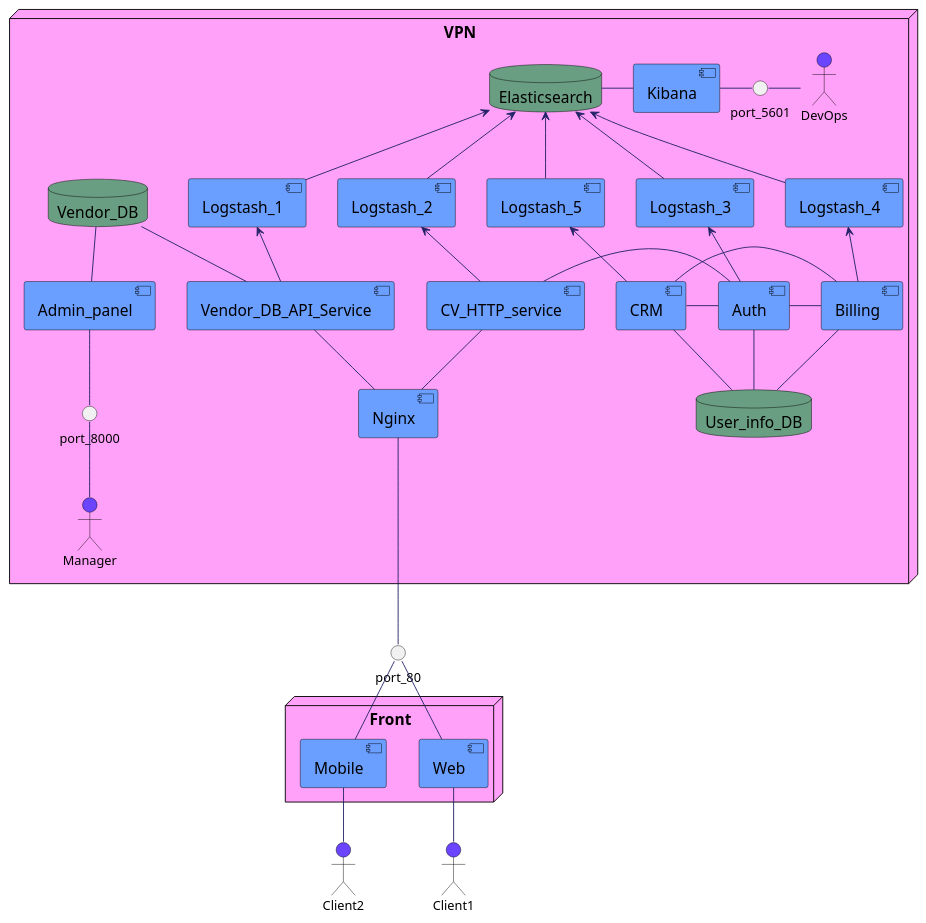
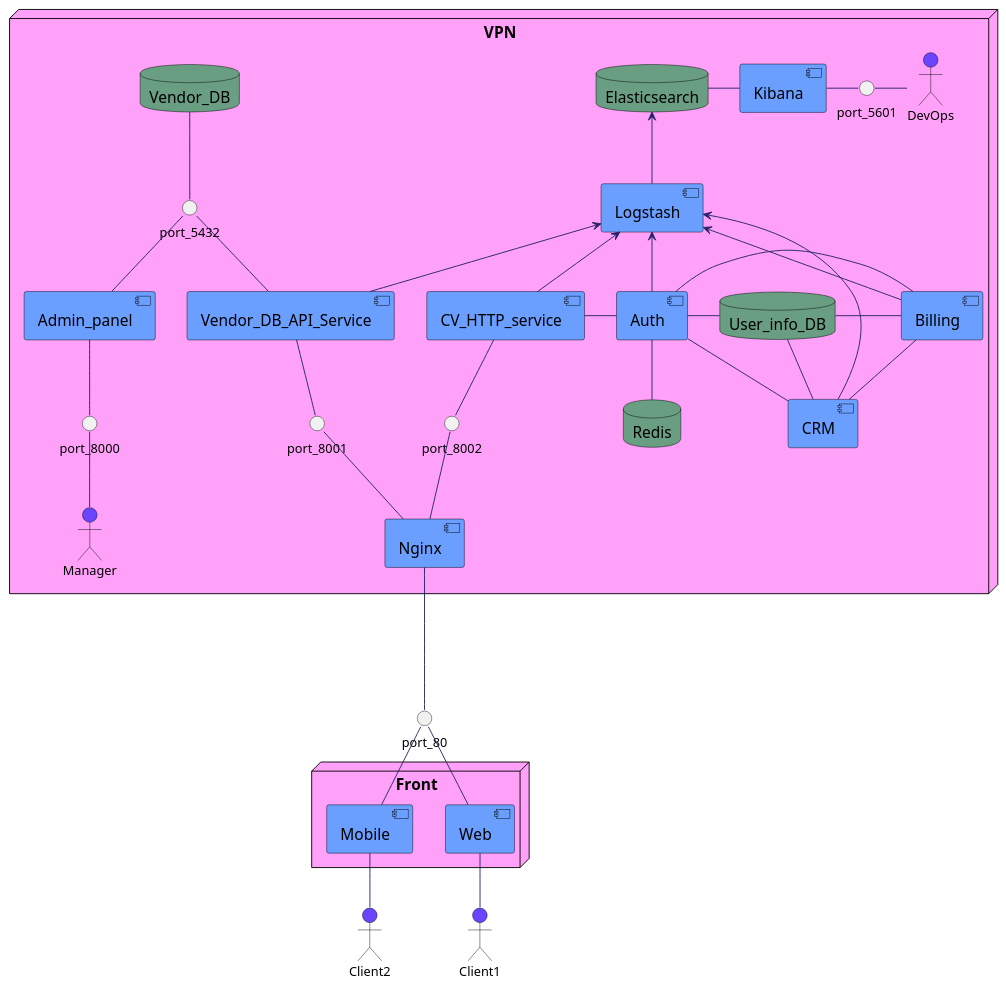
Before and after one commit to TNLinc/TonalCreamAssistant: the diagram in diagrams/backend/architecture.puml, drawn with PlantUML. The commit also changed 11 other files, not shown here.

First line of the commit message:
Bug fix/diagrams (#62)

```diff
--- a/diagrams/backend/architecture.puml
+++ b/diagrams/backend/architecture.puml
@@ -1,119 +1,120 @@
 @startuml
 skinparam component {
     FontColor          black
     AttributeFontColor black
     FontSize           17
     AttributeFontSize  15
     AttributeFontname  Droid Sans Mono
     BackgroundColor    #6A9EFF
     BorderColor        black
     ArrowColor         #222266
 }
 
 skinparam database {
     FontColor          black
     AttributeFontColor black
     FontSize           17
     AttributeFontSize  15
     AttributeFontname  Droid Sans Mono
     BackgroundColor    #6A9E82
     BorderColor        black
     ArrowColor         #222266
 }
 
 skinparam actor {
     BackgroundColor    #6A44ff
     BorderColor        black
     ArrowColor         #222266
 }
 
 skinparam node {
     FontColor          black
     AttributeFontColor black
     FontSize           17
     AttributeFontSize  15
     AttributeFontname  Droid Sans Mono
     BackgroundColor    #FFA1F8
     BorderColor        black
     ArrowColor         #222266
 }
 
 node "VPN"{
     database Elasticsearch
     database Vendor_DB
     database User_info_DB
+    database Redis
 
-    component Logstash_1
-    component Logstash_2
-    component Logstash_3
-    component Logstash_4
-    component Logstash_5
+    component Logstash
 
     component Kibana
     component Admin_panel
     component Vendor_DB_API_Service
     component CV_HTTP_service
     component Nginx
     component Auth
     component Billing
     component CRM
 
     interface port_8000
+    interface port_8001
+    interface port_8002
+    interface port_5432
     interface port_5601
 
     actor Manager
     actor DevOps
 
-    Admin_panel -up- Vendor_DB
+    Admin_panel -up- port_5432
     Admin_panel -down- port_8000
 
-    Vendor_DB_API_Service -up- Vendor_DB
-    Vendor_DB_API_Service -down- Nginx
-    Vendor_DB_API_Service -up-> Logstash_1
+    Vendor_DB_API_Service -up- port_5432
+    Vendor_DB_API_Service -up-> Logstash
+    Vendor_DB_API_Service -down- port_8001
+    port_8001 -down- Nginx
 
-    CV_HTTP_service -down- Nginx
     CV_HTTP_service -right- Auth
-    CV_HTTP_service -up-> Logstash_2
+    CV_HTTP_service -up-> Logstash
+    CV_HTTP_service -down- port_8002
+    port_8002 -down- Nginx
 
-    Auth -down- User_info_DB
+    Auth -right- User_info_DB
+    Auth -down- Redis
     Auth -right- Billing
-    Auth -left- CRM
-    Auth -up-> Logstash_3
+    Auth -right- CRM
+    Auth -up-> Logstash
 
-    Billing -down- User_info_DB
-    Billing -up-> Logstash_4
+    Billing -left- User_info_DB
+    Billing -up-> Logstash
 
     CRM -down- User_info_DB
-    CRM -right- Billing
-    CRM -up-> Logstash_5
+    CRM -up- Billing
+    CRM -up-> Logstash
 
-    Logstash_1 -up-> Elasticsearch
-    Logstash_2 -up-> Elasticsearch
-    Logstash_3 -up-> Elasticsearch
-    Logstash_4 -up-> Elasticsearch
-    Logstash_5 -up-> Elasticsearch
+    Logstash -up-> Elasticsearch
 
     Elasticsearch -right- Kibana
 
     Kibana -right- port_5601
 
     DevOps -left- port_5601
 
     Manager -up- port_8000
+
+    Vendor_DB -down- port_5432
 }
 
 interface port_80
 port_80 -up-- Nginx
 
 
 node "Front"{
     [Web] -up- port_80
     [Mobile] -up- port_80
 }
 
 actor Client1
 actor Client2
 
 Client1 -up- Web
 Client2 -up- Mobile
 @enduml
```
